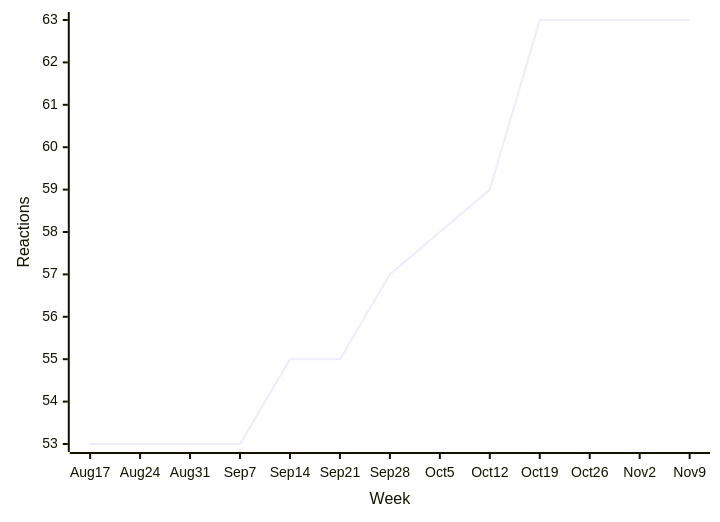
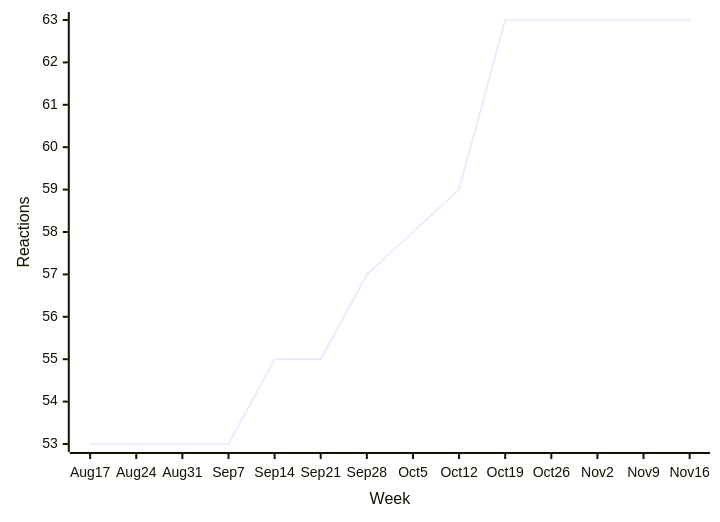
Before and after one commit to loic-sharma/github-insights: diagram 14 of 38 in README.md, drawn with Mermaid. The commit also changed other lines of this file and 3 other files, not shown here.

````diff
--- a/README.md
+++ b/README.md
@@ -545,6 +545,6 @@
   ```mermaid
   xychart-beta
-    x-axis "Week" [Aug 17, Aug 24, Aug 31, Sep 7, Sep 14, Sep 21, Sep 28, Oct 5, Oct 12, Oct 19, Oct 26, Nov 2, Nov 9]
+    x-axis "Week" [Aug 17, Aug 24, Aug 31, Sep 7, Sep 14, Sep 21, Sep 28, Oct 5, Oct 12, Oct 19, Oct 26, Nov 2, Nov 9, Nov 16]
     y-axis "Reactions"
-    line [53, 53, 53, 53, 55, 55, 57, 58, 59, 63, 63, 63, 63]
+    line [53, 53, 53, 53, 55, 55, 57, 58, 59, 63, 63, 63, 63, 63]
   ```
````
